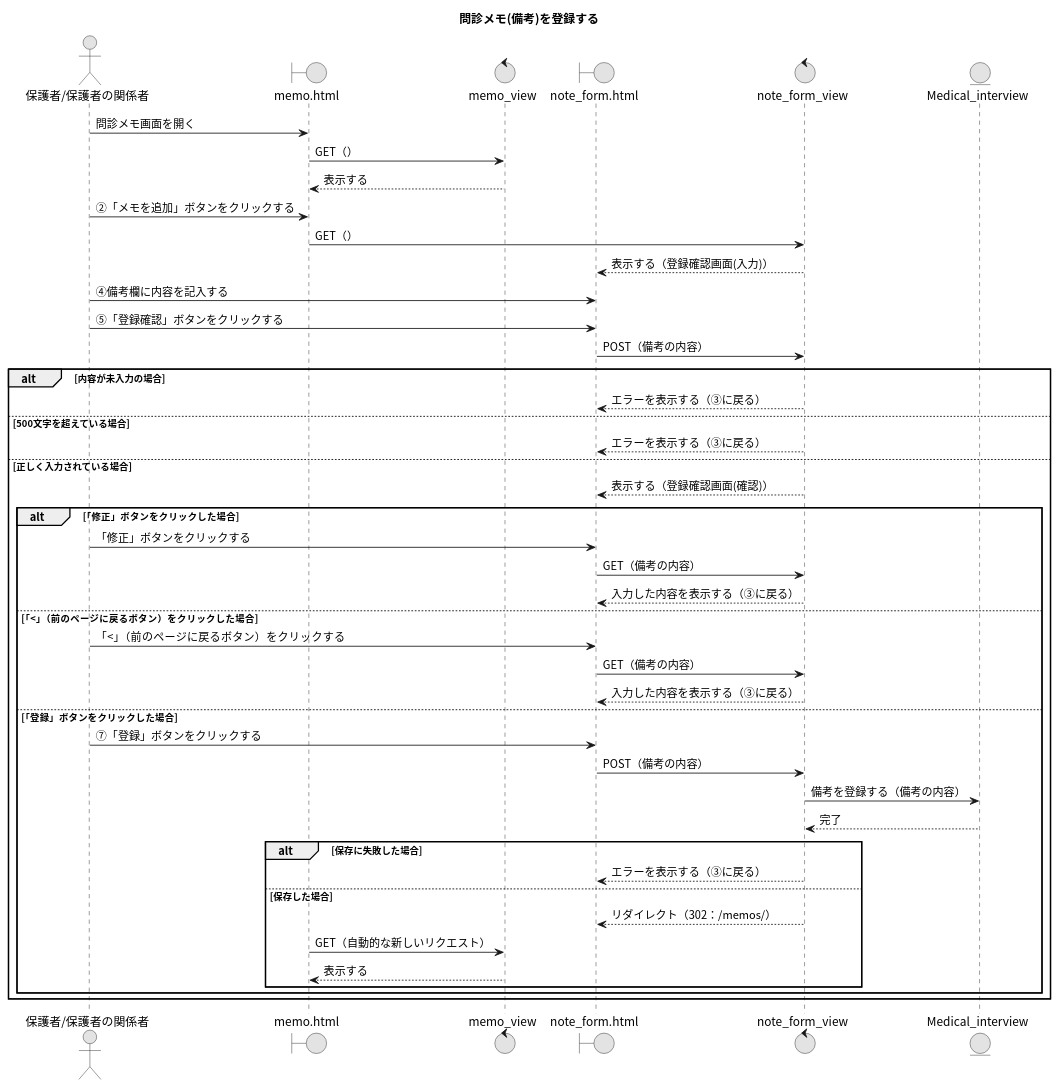
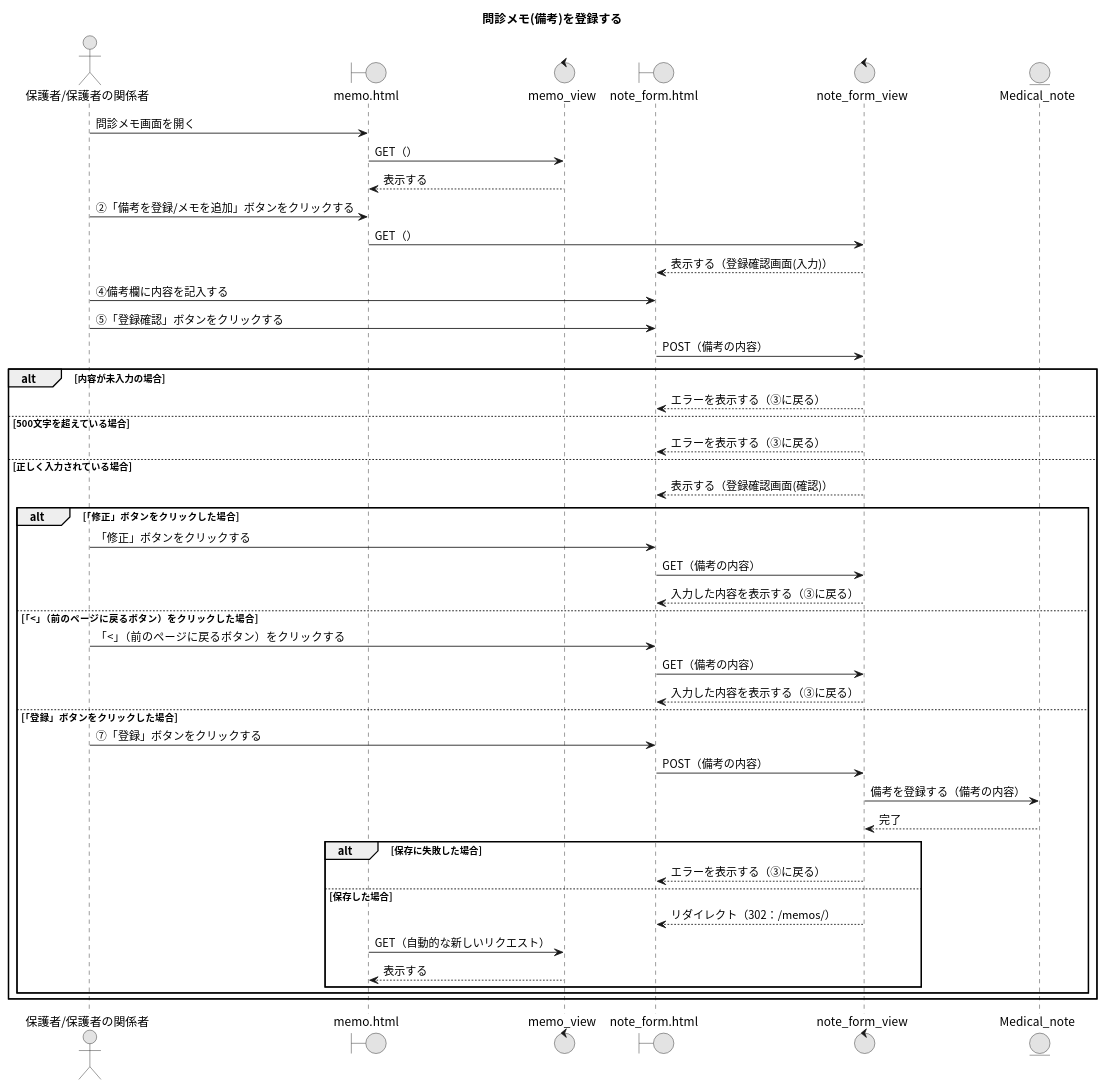
The diagram in 19_問診メモ(備考)を登録する.puml (Ma2naga190330/26_sotugyou_puml), drawn with PlantUML before and after one commit.

Commit message:
fix : 問診メモ修正

```diff
--- a/19_問診メモ(備考)を登録する.puml
+++ b/19_問診メモ(備考)を登録する.puml
@@ -1,53 +1,53 @@
 @startuml
 title 問診メモ(備考)を登録する
 skinparam defaultFontName "Noto Sans CJK JP"
 skinparam monochrome true
 
 actor "保護者/保護者の関係者" as A
 boundary "memo.html" as MP
 control "memo_view" as MV
 boundary "note_form.html" as NFP
 control "note_form_view" as NFV
-entity "Medical_interview" as MIM
+entity "Medical_note" as MNM
 
 ' 最初の画面表示（問診メモ画面）
 A -> MP : 問診メモ画面を開く
 MP -> MV : GET（）
 MV --> MP : 表示する
 
-A -> MP : ②「メモを追加」ボタンをクリックする
+A -> MP : ②「備考を登録/メモを追加」ボタンをクリックする
 MP -> NFV : GET（）
 NFV --> NFP : 表示する（登録確認画面(入力)）
 
 A -> NFP : ④備考欄に内容を記入する
 A -> NFP : ⑤「登録確認」ボタンをクリックする
 NFP -> NFV : POST（備考の内容）
 alt 内容が未入力の場合
   NFV --> NFP : エラーを表示する（③に戻る）
 else 500文字を超えている場合
   NFV --> NFP : エラーを表示する（③に戻る）
 else 正しく入力されている場合
   NFV --> NFP : 表示する（登録確認画面(確認)）
   alt 「修正」ボタンをクリックした場合
     A -> NFP : 「修正」ボタンをクリックする
     NFP -> NFV : GET（備考の内容）
     NFV --> NFP : 入力した内容を表示する（③に戻る）
   else 「<」（前のページに戻るボタン）をクリックした場合
     A -> NFP : 「<」（前のページに戻るボタン）をクリックする
     NFP -> NFV : GET（備考の内容）
     NFV --> NFP : 入力した内容を表示する（③に戻る）
   else 「登録」ボタンをクリックした場合
     A -> NFP : ⑦「登録」ボタンをクリックする
     NFP -> NFV : POST（備考の内容）
-    NFV -> MIM : 備考を登録する（備考の内容）
-    NFV <-- MIM : 完了
+    NFV -> MNM : 備考を登録する（備考の内容）
+    NFV <-- MNM : 完了
     alt 保存に失敗した場合
       NFV --> NFP : エラーを表示する（③に戻る）
     else 保存した場合
       NFV --> NFP : リダイレクト（302：/memos/）
       MP -> MV : GET（自動的な新しいリクエスト）
       MV --> MP : 表示する
     end
   end
 end
 @enduml
```
